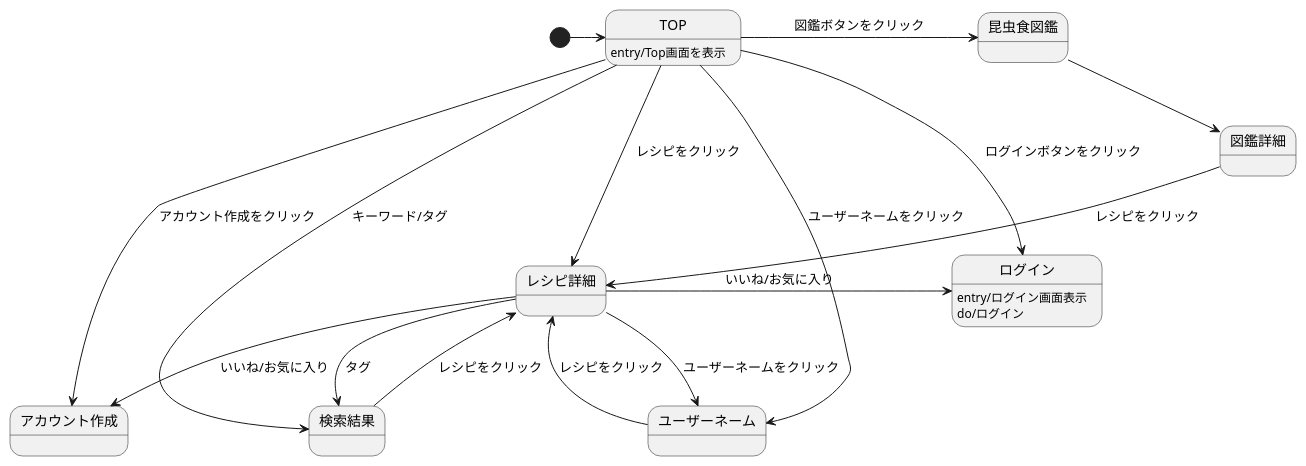
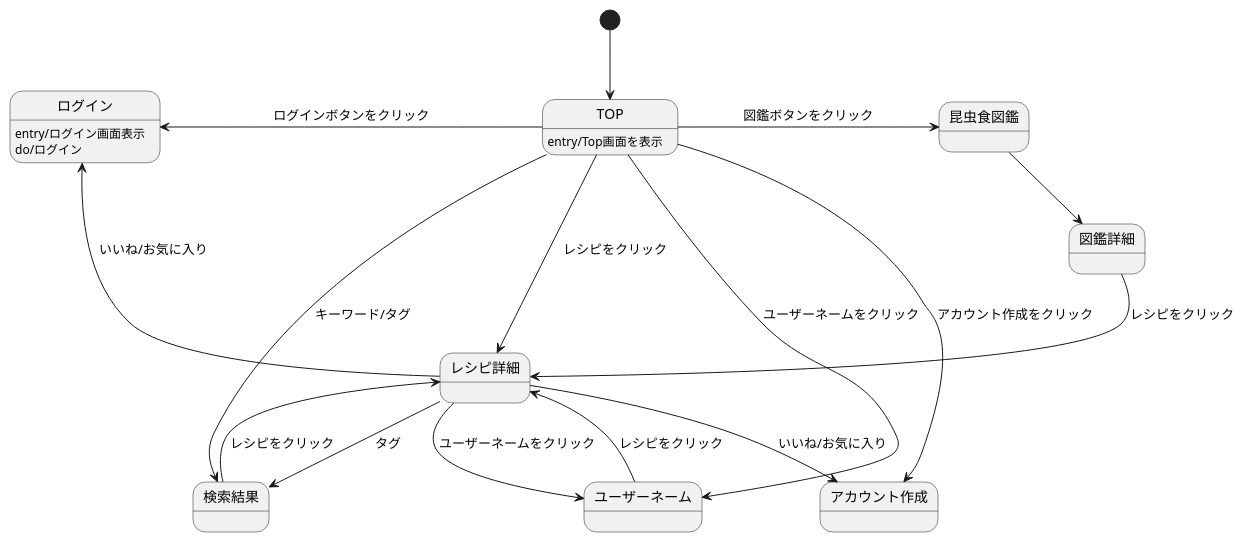
One commit to ASO2001040/bugbug-design changed the diagram in ScreenTransitionDiagram.md. Above: the diagram before and after it, drawn with PlantUML.

````diff
--- a/ScreenTransitionDiagram.md
+++ b/ScreenTransitionDiagram.md
@@ -1,23 +1,23 @@
 ```uml
 @startuml
-[*]->TOP
+[*]-->TOP
 
 TOP : entry/Top画面を表示
-TOP->ログイン: ログインボタンをクリック
+TOP-left->ログイン: ログインボタンをクリック
 TOP->アカウント作成: アカウント作成をクリック
 TOP->昆虫食図鑑: 図鑑ボタンをクリック
 TOP->ユーザーネーム: ユーザーネームをクリック
 TOP->レシピ詳細: レシピをクリック
 TOP->検索結果: キーワード/タグ
 ユーザーネーム-->レシピ詳細: レシピをクリック
 レシピ詳細-->ユーザーネーム: ユーザーネームをクリック
 レシピ詳細-->検索結果: タグ
 レシピ詳細-->アカウント作成: いいね/お気に入り
 レシピ詳細->ログイン: いいね/お気に入り
 検索結果-->レシピ詳細: レシピをクリック
 昆虫食図鑑-->図鑑詳細
 図鑑詳細-->レシピ詳細: レシピをクリック
 ログイン: entry/ログイン画面表示
 ログイン : do/ログイン
 @enduml
 ```
````
